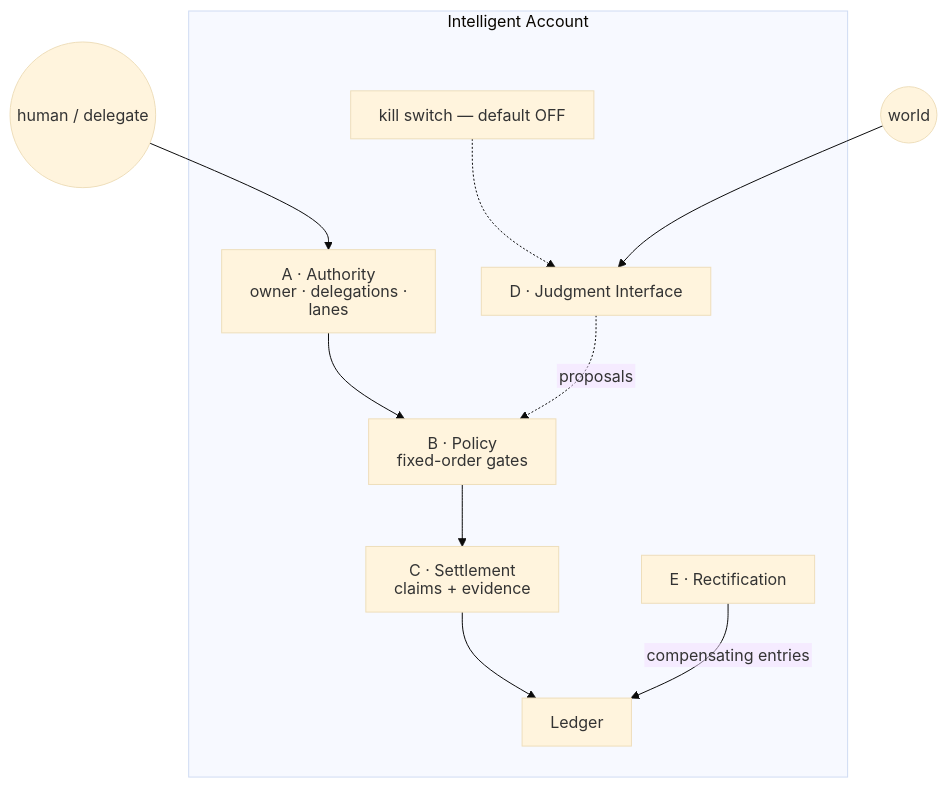
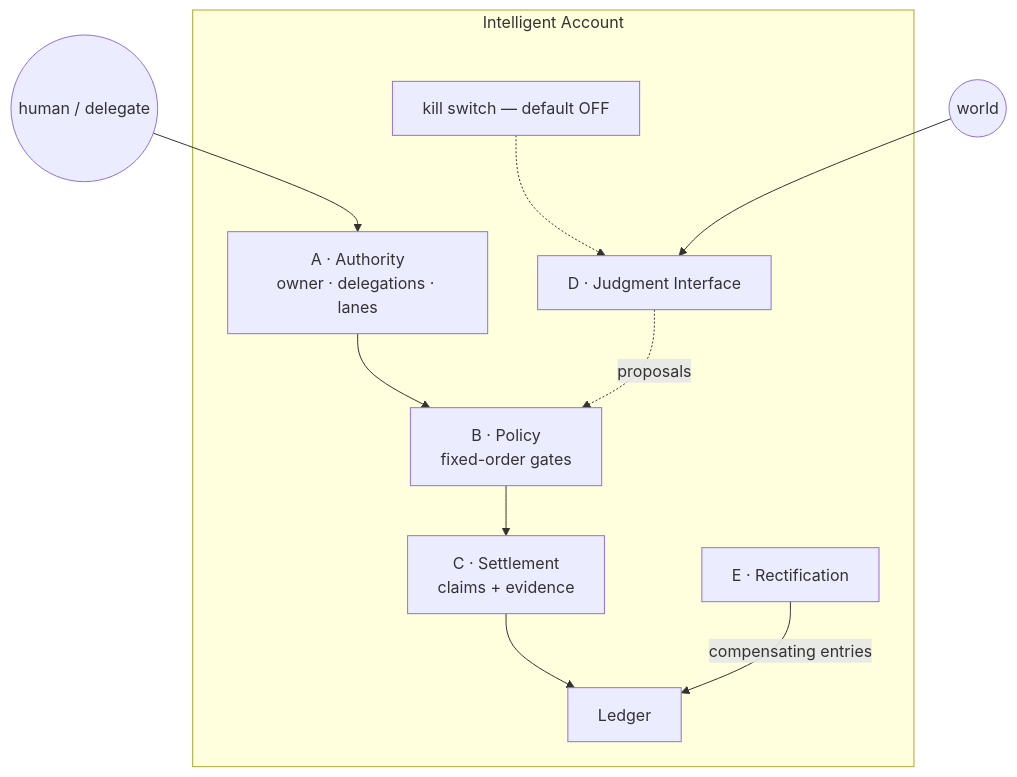
The fourth of 6 diagrams in primitives/ppa/INTELLIGENT_ACCOUNT_WHITEPAPER.md (etvjay/Nomos), drawn with Mermaid before and after one commit. The commit also changed other lines of this file and 2 other files, not shown here.

First line of the commit message:
whitepapers: drop mermaid init directives — GitHub renderer rejects the config combo and falls back to raw text

````diff
--- a/primitives/ppa/INTELLIGENT_ACCOUNT_WHITEPAPER.md
+++ b/primitives/ppa/INTELLIGENT_ACCOUNT_WHITEPAPER.md
@@ -141,14 +138,13 @@
 ```mermaid
-%%{init: {"theme": "base", "securityLevel": "strict", "htmlLabels": false, "flowchart": {"htmlLabels": false, "curve": "basis", "nodeSpacing": 46, "rankSpacing": 62, "padding": 14}}}%%
 flowchart TB
     subgraph IA["Intelligent Account"]
         A["A · Authority<br/>owner · delegations · lanes"] --> B
         B["B · Policy<br/>fixed-order gates"] --> C
         C["C · Settlement<br/>claims + evidence"] --> LED["Ledger"]
         D["D · Judgment Interface"] -.->|"proposals"| B
         E["E · Rectification"] -->|"compensating entries"| LED
         KS["kill switch — default OFF"] -.-> D
     end
     WORLD(("world")) --> D
     HUMAN(("human / delegate")) --> A
 ```
````
